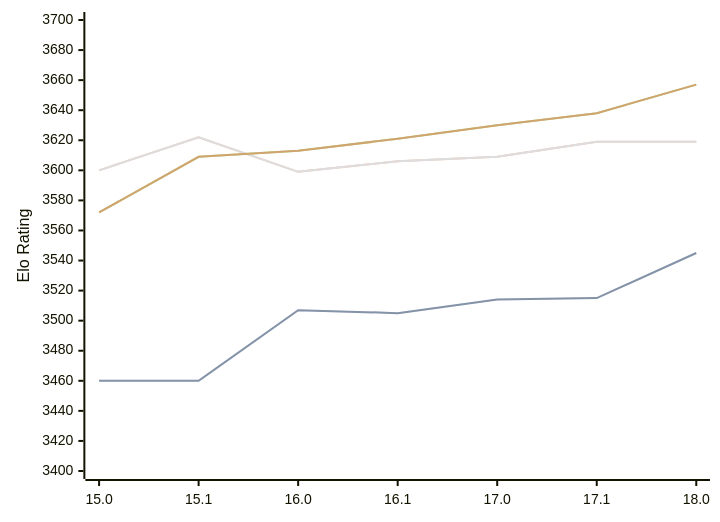
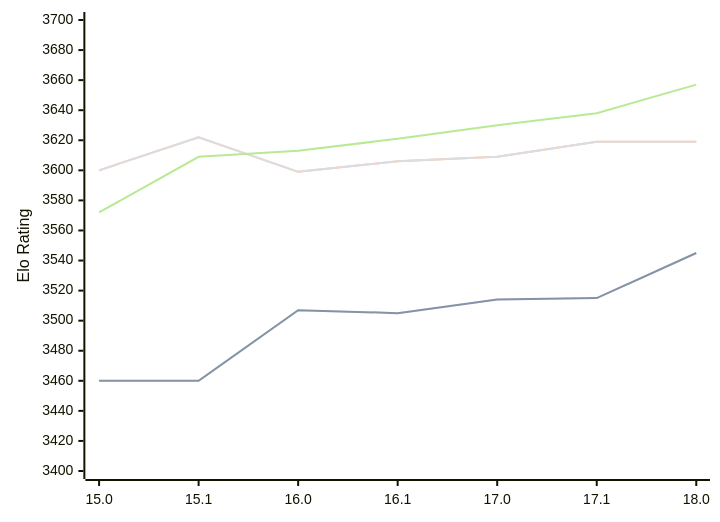
The diagram in engines/Stockfish.md (computer-chess-index/cci), drawn with Mermaid before and after one commit. The commit also changed other lines of this file, not shown here.

Commit message:
Update CCI Ratings (ELO VLTC) - 2026-02-13

````diff
--- a/engines/Stockfish.md
+++ b/engines/Stockfish.md
@@ -43,12 +43,11 @@
 ```mermaid
 %%{init: {"theme":"base","themeVariables":{"seriesColors:['#a3a3a3','#222221','#faa371']}}}%%
 xychart-beta
   x-axis ["15.0", "15.1", "16.0", "16.1", "17.0", "17.1", "18.0"]
   y-axis "Elo Rating" 3400 --> 3700
   line "STC (8.0+0.08s)" [3460, 3460, 3507, 3505, 3514, 3515, 3545]
   line "STC (8.0+0.08s)" [3460, 3460, 3507, 3505, 3514, 3515, 3545]
   line "LTC (60.0+0.60s)" [3600, 3622, 3599, 3606, 3609, 3619, 3619]
   line "LTC (60.0+0.60s)" [3600, 3622, 3599, 3606, 3609, 3619, 3619]
   line "VLTC (2m24s+1.12s)" [3572, 3609, 3613, 3621, 3630, 3638, 3657]
-  line "VLTC (2m24s+1.12s)" [3572, 3609, 3613, 3621, 3630, 3638, 3657]
 ```
````
